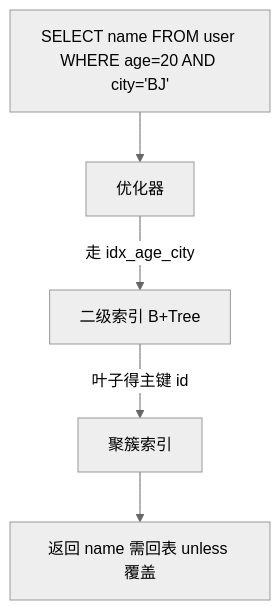
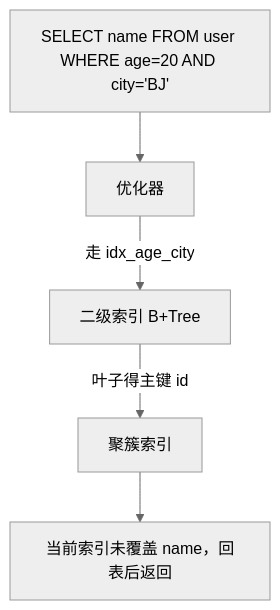
One commit to twodog-tt/Golang-development-manual changed the diagram in docs/interview/middleware/mysql/S-DB-01-mysql-index.md. Above: the diagram before and after it, drawn with Mermaid (neutral theme). The commit also changed other lines of this file and 438 other files, not shown here.

````diff
--- a/docs/interview/middleware/mysql/S-DB-01-mysql-index.md
+++ b/docs/interview/middleware/mysql/S-DB-01-mysql-index.md
@@ -40,8 +42,8 @@
 ```mermaid
 flowchart TB
   SQL[SELECT name FROM user WHERE age=20 AND city='BJ']
   SQL --> Opt[优化器]
   Opt -->|走 idx_age_city| Sec[二级索引 B+Tree]
   Sec -->|叶子得主键 id| Clu[聚簇索引]
-  Clu --> Row[返回 name 需回表 unless 覆盖]
+  Clu --> Row[当前索引未覆盖 name，回表后返回]
 ```
````
